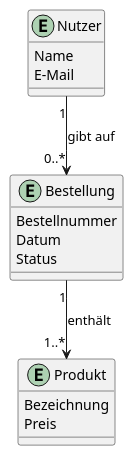
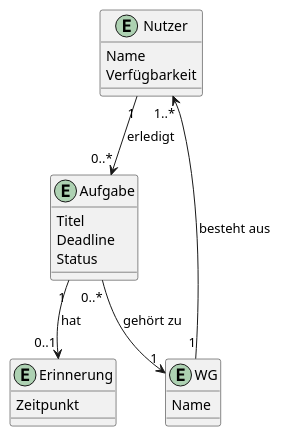
The diagram in docs/product/domain_glossary.adoc (benWnhHtw/A1-TaskHive), drawn with PlantUML before and after one commit. The commit also changed other lines of this file, not shown here.

```diff
--- a/docs/product/domain_glossary.adoc
+++ b/docs/product/domain_glossary.adoc
@@ -113,26 +139,30 @@
 [plantuml, domain-model, svg]
 ....
 @startuml
-' Beispiel — bitte durch das echte Domänenmodell ersetzen
 
 entity Nutzer {
   Name
-  E-Mail
+  Verfügbarkeit
 }
 
-entity Bestellung {
-  Bestellnummer
-  Datum
+entity WG {
+  Name
+}
+
+entity Aufgabe {
+  Titel
+  Deadline
   Status
 }
 
-entity Produkt {
-  Bezeichnung
-  Preis
+entity Erinnerung {
+  Zeitpunkt
 }
 
-Nutzer "1" --> "0..*" Bestellung : gibt auf
-Bestellung "1" --> "1..*" Produkt : enthält
+WG "1" --> "1..*" Nutzer : besteht aus
+Nutzer "1" --> "0..*" Aufgabe : erledigt
+Aufgabe "1" --> "0..1" Erinnerung : hat
+Aufgabe "0..*" --> "1" WG : gehört zu
 
 @enduml
 ....
```
